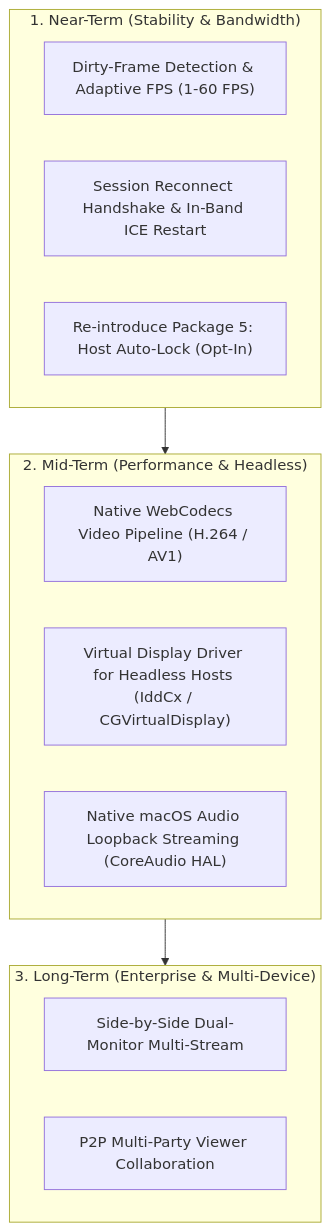
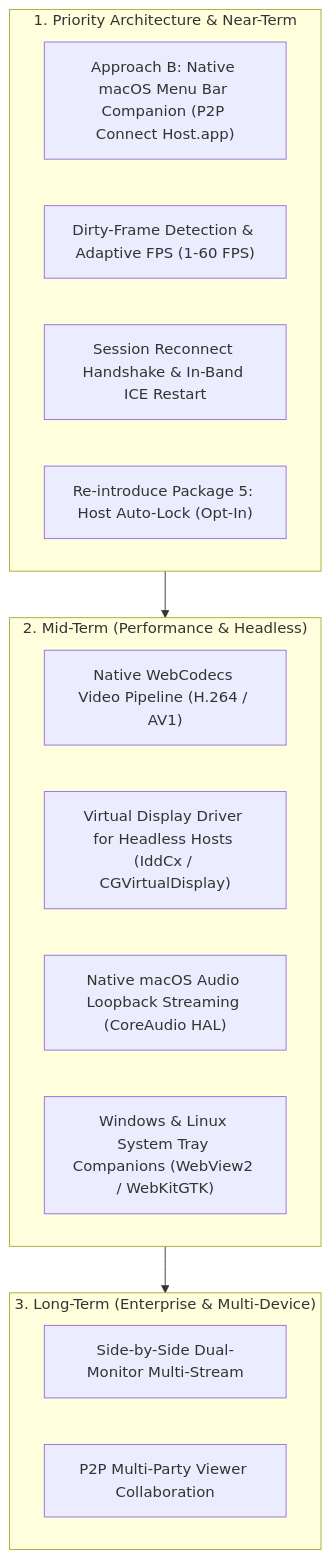
The diagram in docs/remote-desktop-knowledge-base.md (Mahesh-Devani/webrtc-p2p), drawn with Mermaid before and after one commit. The commit also changed other lines of this file and 10 other files, not shown here.

Commit message:
docs: adopt Approach B (Native Menu Bar Companion) as future background plan; document manual python bridge as current operational workflow

````diff
--- a/docs/remote-desktop-knowledge-base.md
+++ b/docs/remote-desktop-knowledge-base.md
@@ -208,21 +218,23 @@
 ```mermaid
 flowchart TD
-    subgraph NearTerm["1. Near-Term (Stability & Bandwidth)"]
+    subgraph NearTerm["1. Priority Architecture & Near-Term"]
+        B0["Approach B: Native macOS Menu Bar Companion (P2P Connect Host.app)"]
         N1["Dirty-Frame Detection & Adaptive FPS (1-60 FPS)"]
         N2["Session Reconnect Handshake & In-Band ICE Restart"]
         N3["Re-introduce Package 5: Host Auto-Lock (Opt-In)"]
     end
 
     subgraph MidTerm["2. Mid-Term (Performance & Headless)"]
         M1["Native WebCodecs Video Pipeline (H.264 / AV1)"]
         M2["Virtual Display Driver for Headless Hosts (IddCx / CGVirtualDisplay)"]
         M3["Native macOS Audio Loopback Streaming (CoreAudio HAL)"]
+        M4["Windows & Linux System Tray Companions (WebView2 / WebKitGTK)"]
     end
 
     subgraph LongTerm["3. Long-Term (Enterprise & Multi-Device)"]
         L1["Side-by-Side Dual-Monitor Multi-Stream"]
         L2["P2P Multi-Party Viewer Collaboration"]
     end
 
     NearTerm --> MidTerm --> LongTerm
 ```
````
